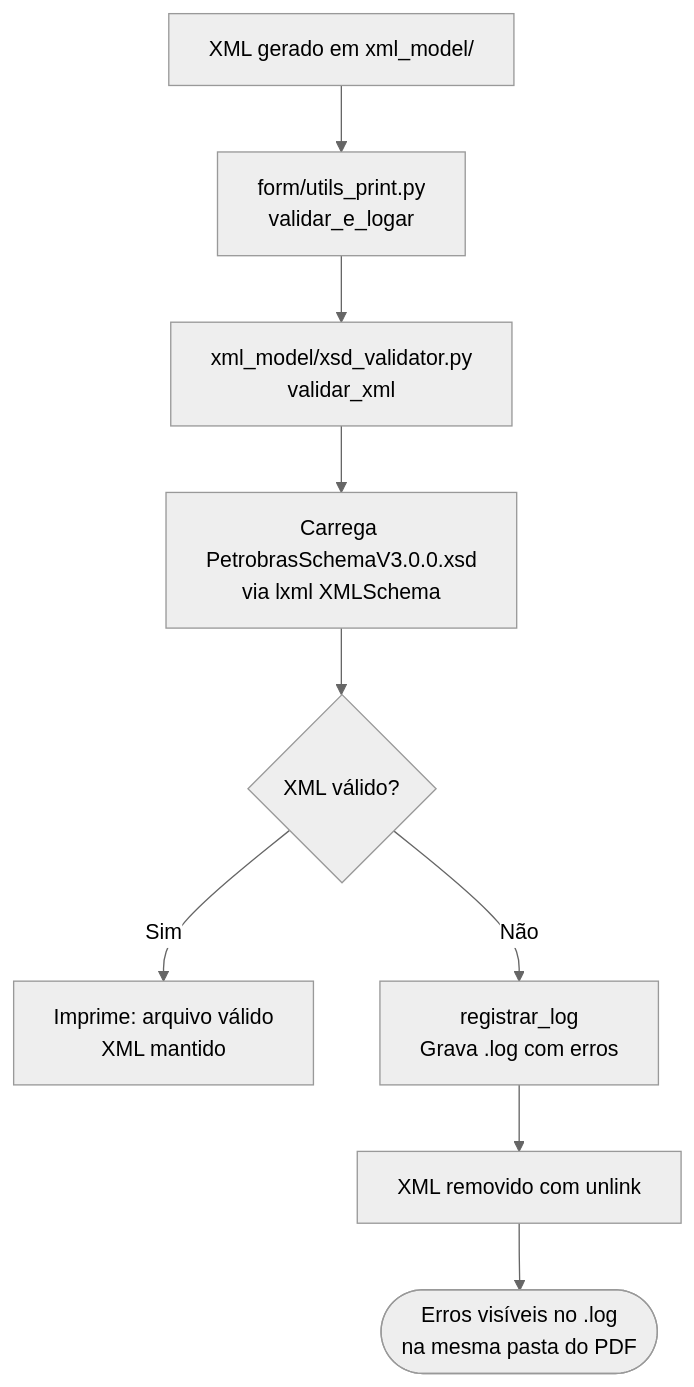
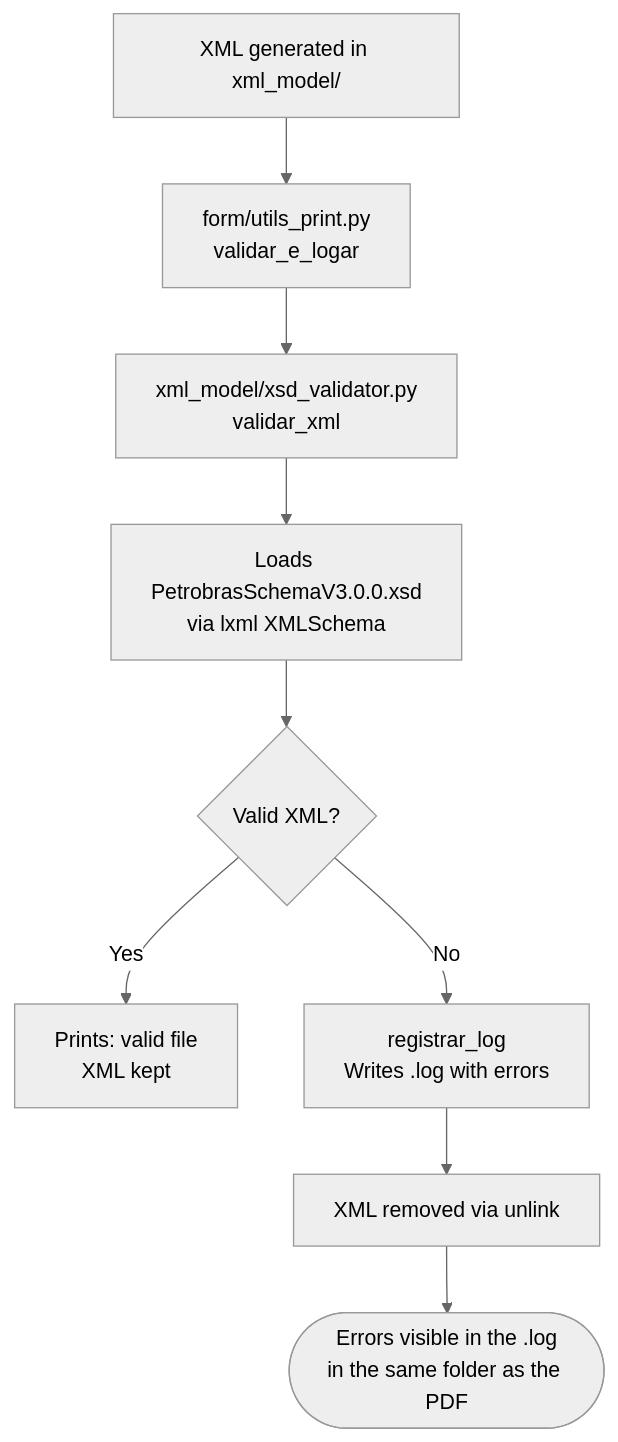
Before and after one commit to 1998-sys/AC-s_app: the fifth of 5 diagrams in docs/DOCUMENTACAO.md, drawn with Mermaid (neutral theme). The commit also changed other lines of this file and 68 other files, not shown here.

````diff
--- a/docs/DOCUMENTACAO.md
+++ b/docs/DOCUMENTACAO.md
@@ -331,11 +331,11 @@
 ```mermaid
 flowchart TD
-    A[XML gerado em xml_model/] --> B[form/utils_print.py\nvalidar_e_logar]
+    A[XML generated in xml_model/] --> B[form/utils_print.py\nvalidar_e_logar]
     B --> C[xml_model/xsd_validator.py\nvalidar_xml]
-    C --> D[Carrega PetrobrasSchemaV3.0.0.xsd\nvia lxml XMLSchema]
-    D --> E{XML válido?}
-    E -->|Sim| F[Imprime: arquivo válido\nXML mantido]
-    E -->|Não| G[registrar_log\nGrava .log com erros]
-    G --> H[XML removido com unlink]
-    H --> I([Erros visíveis no .log\nna mesma pasta do PDF])
+    C --> D[Loads PetrobrasSchemaV3.0.0.xsd\nvia lxml XMLSchema]
+    D --> E{Valid XML?}
+    E -->|Yes| F[Prints: valid file\nXML kept]
+    E -->|No| G[registrar_log\nWrites .log with errors]
+    G --> H[XML removed via unlink]
+    H --> I([Errors visible in the .log\nin the same folder as the PDF])
 ```
````
